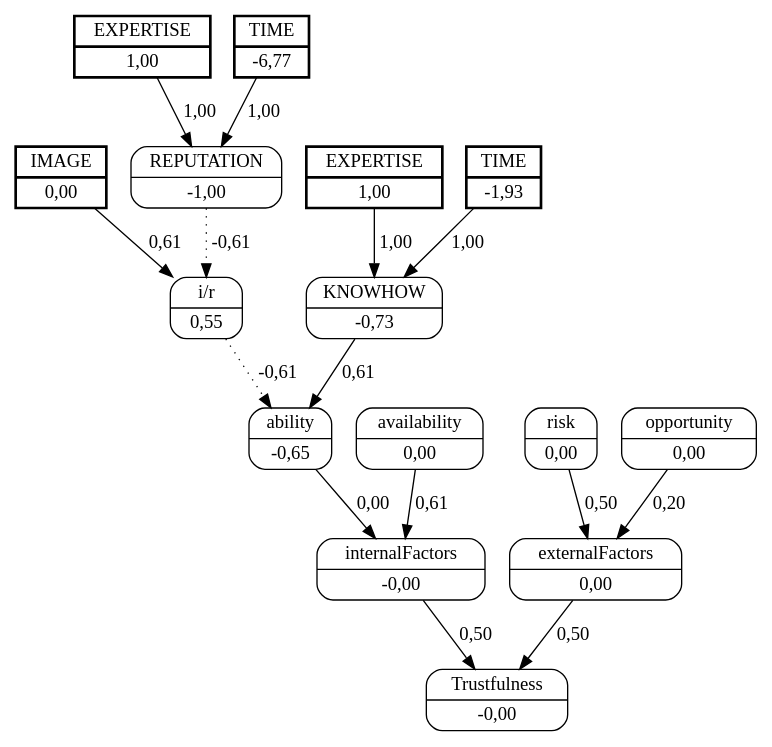
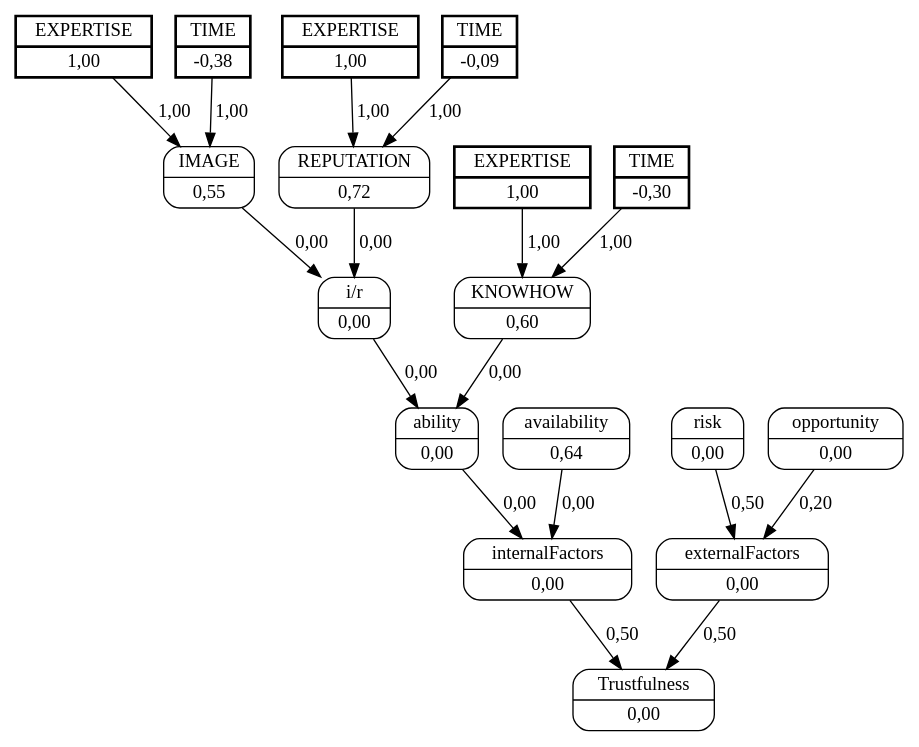
The diagram in unload_boxes/dots/worker_2helper_4.dot (jjbaqueta/unload_experiment), drawn with Graphviz before and after one commit. The commit also changed 92 other files, not shown here.

```diff
--- a/unload_boxes/dots/worker_2helper_4.dot
+++ b/unload_boxes/dots/worker_2helper_4.dot
@@ -1,34 +1,38 @@
 digraph FCM_net{
 	node [shape=record, style=rounded]
-	0 [label="{IMAGE | 0,00}", style=bold, penwidth=2, peripheries=2];
 	11 [label="{EXPERTISE | 1,00}", style=bold, penwidth=2, peripheries=2];
-	12 [label="{TIME | -6,77}", style=bold, penwidth=2, peripheries=2];
+	12 [label="{TIME | -0,38}", style=bold, penwidth=2, peripheries=2];
 	13 [label="{EXPERTISE | 1,00}", style=bold, penwidth=2, peripheries=2];
-	14 [label="{TIME | -1,93}", style=bold, penwidth=2, peripheries=2];
-	0 [label="{IMAGE | 0,00}"];
-	1 [label="{REPUTATION | -1,00}"];
-	2 [label="{KNOWHOW | -0,73}"];
-	3 [label="{i/r | 0,55}"];
-	4 [label="{ability | -0,65}"];
-	5 [label="{availability | 0,00}"];
-	6 [label="{internalFactors | -0,00}"];
+	14 [label="{TIME | -0,09}", style=bold, penwidth=2, peripheries=2];
+	15 [label="{EXPERTISE | 1,00}", style=bold, penwidth=2, peripheries=2];
+	16 [label="{TIME | -0,30}", style=bold, penwidth=2, peripheries=2];
+	0 [label="{IMAGE | 0,55}"];
+	1 [label="{REPUTATION | 0,72}"];
+	2 [label="{KNOWHOW | 0,60}"];
+	3 [label="{i/r | 0,00}"];
+	4 [label="{ability | 0,00}"];
+	5 [label="{availability | 0,64}"];
+	6 [label="{internalFactors | 0,00}"];
 	7 [label="{risk | 0,00}"];
 	8 [label="{opportunity | 0,00}"];
 	9 [label="{externalFactors | 0,00}"];
-	10 [label="{Trustfulness | -0,00}"];
-	12 [label="{TIME | -6,77}"];
-	0 -> 3 [label = "0,61"];
-	1 -> 3 [label = "-0,61", style=dotted];
-	3 -> 4 [label = "-0,61", style=dotted];
-	2 -> 4 [label = "0,61"];
+	10 [label="{Trustfulness | 0,00}"];
+	11 [label="{EXPERTISE | 1,00}"];
+	13 [label="{EXPERTISE | 1,00}"];
+	0 -> 3 [label = "0,00"];
+	1 -> 3 [label = "0,00"];
+	3 -> 4 [label = "0,00"];
+	2 -> 4 [label = "0,00"];
 	4 -> 6 [label = "0,00"];
-	5 -> 6 [label = "0,61"];
+	5 -> 6 [label = "0,00"];
 	6 -> 10 [label = "0,50"];
 	7 -> 9 [label = "0,50"];
 	8 -> 9 [label = "0,20"];
 	9 -> 10 [label = "0,50"];
-	11 -> 1 [label = "1,00"];
-	12 -> 1 [label = "1,00"];
-	13 -> 2 [label = "1,00"];
-	14 -> 2 [label = "1,00"];
+	11 -> 0 [label = "1,00"];
+	12 -> 0 [label = "1,00"];
+	13 -> 1 [label = "1,00"];
+	14 -> 1 [label = "1,00"];
+	15 -> 2 [label = "1,00"];
+	16 -> 2 [label = "1,00"];
 }
```
